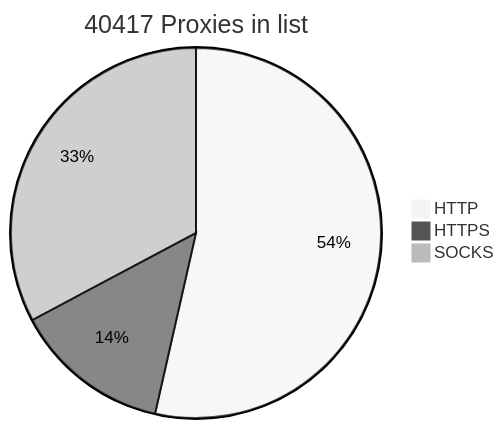
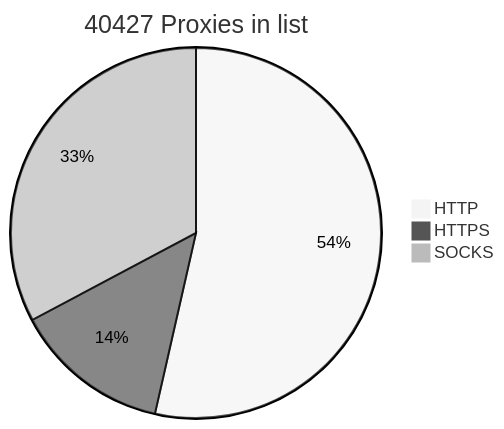
The diagram in README.md (BlackSnowDot/proxylist-update-every-minute), drawn with Mermaid (neutral theme) before and after one commit.

````diff
--- a/README.md
+++ b/README.md
@@ -2,6 +2,6 @@
 ```mermaid
-pie title 40417 Proxies in list
-    "HTTP" : 24265
+pie title 40427 Proxies in list
+    "HTTP" : 24275
     "HTTPS": 6197
     "SOCKS" : 14853
 ```
````
